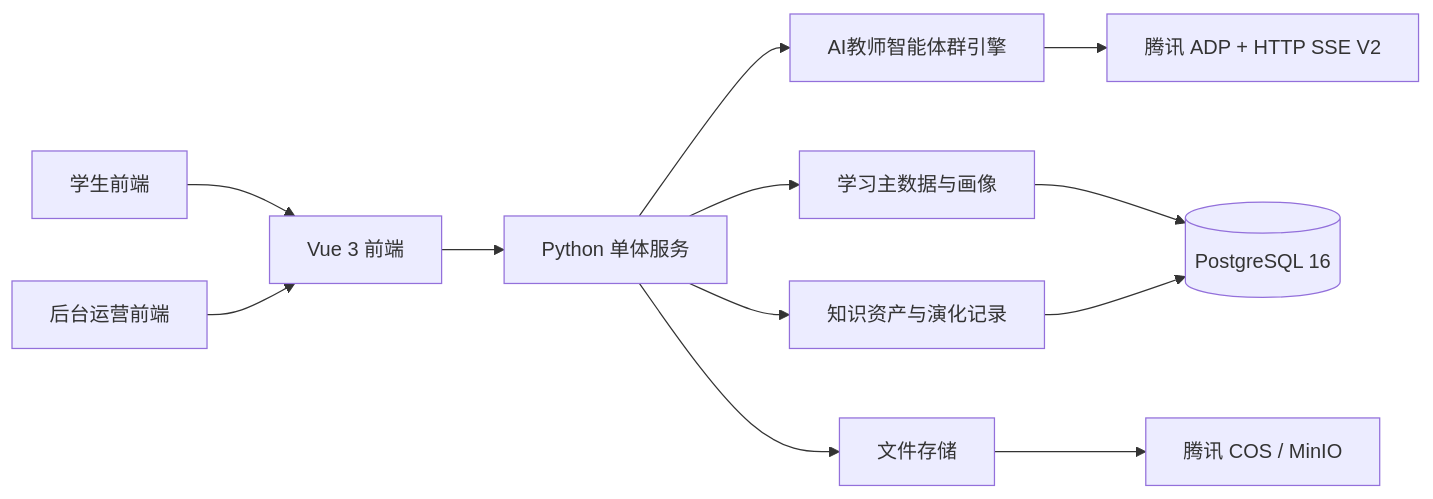
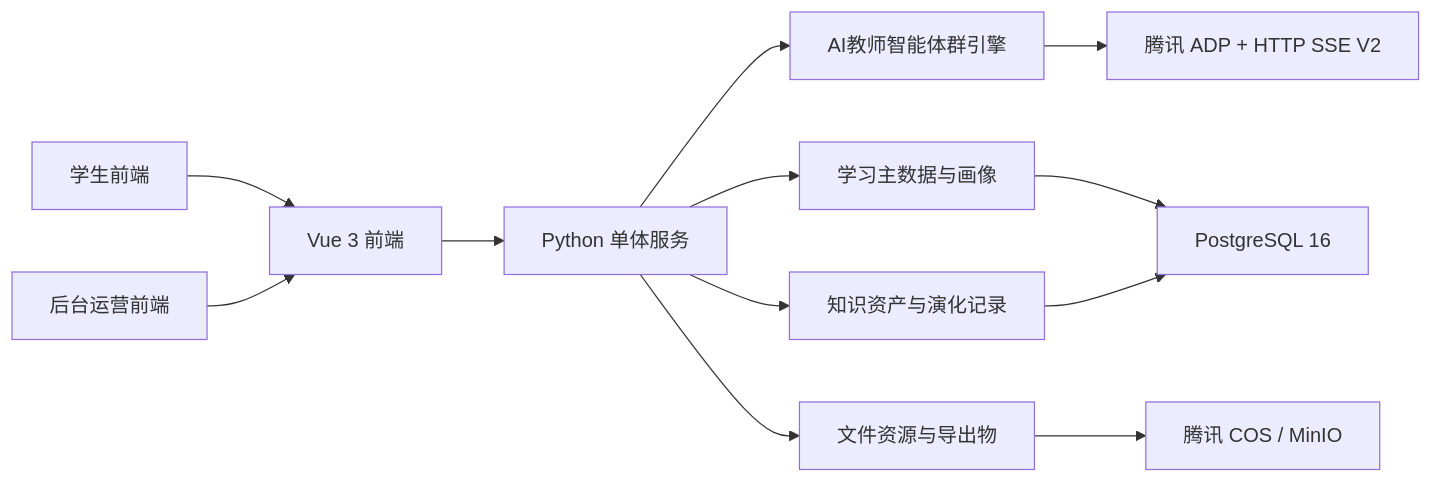
One commit to chenqsq/doc-showcase changed the first of 3 diagrams in doc/作品文档/04-总体架构与技术选型.md. Above: the diagram before and after it, drawn with Mermaid. The commit also changed other lines of this file, not shown here.

````diff
--- a/doc/作品文档/04-总体架构与技术选型.md
+++ b/doc/作品文档/04-总体架构与技术选型.md
@@ -9,14 +77,14 @@
 ```mermaid
 flowchart LR
-    A[学生前端] --> B[Vue 3 前端]
-    C[后台运营前端] --> B
-    B --> D[Python 单体服务]
-    D --> E[AI教师智能体群引擎]
-    D --> F[学习主数据与画像]
-    D --> G[知识资产与演化记录]
-    D --> H[文件存储]
-    E --> I[腾讯 ADP + HTTP SSE V2]
-    F --> J[(PostgreSQL 16)]
+    A["学生前端"] --> B["Vue 3 前端"]
+    C["后台运营前端"] --> B
+    B --> D["Python 单体服务"]
+    D --> E["AI教师智能体群引擎"]
+    D --> F["学习主数据与画像"]
+    D --> G["知识资产与演化记录"]
+    D --> H["文件资源与导出物"]
+    E --> I["腾讯 ADP + HTTP SSE V2"]
+    F --> J["PostgreSQL 16"]
     G --> J
-    H --> K[腾讯 COS / MinIO]
+    H --> K["腾讯 COS / MinIO"]
 ```
````
